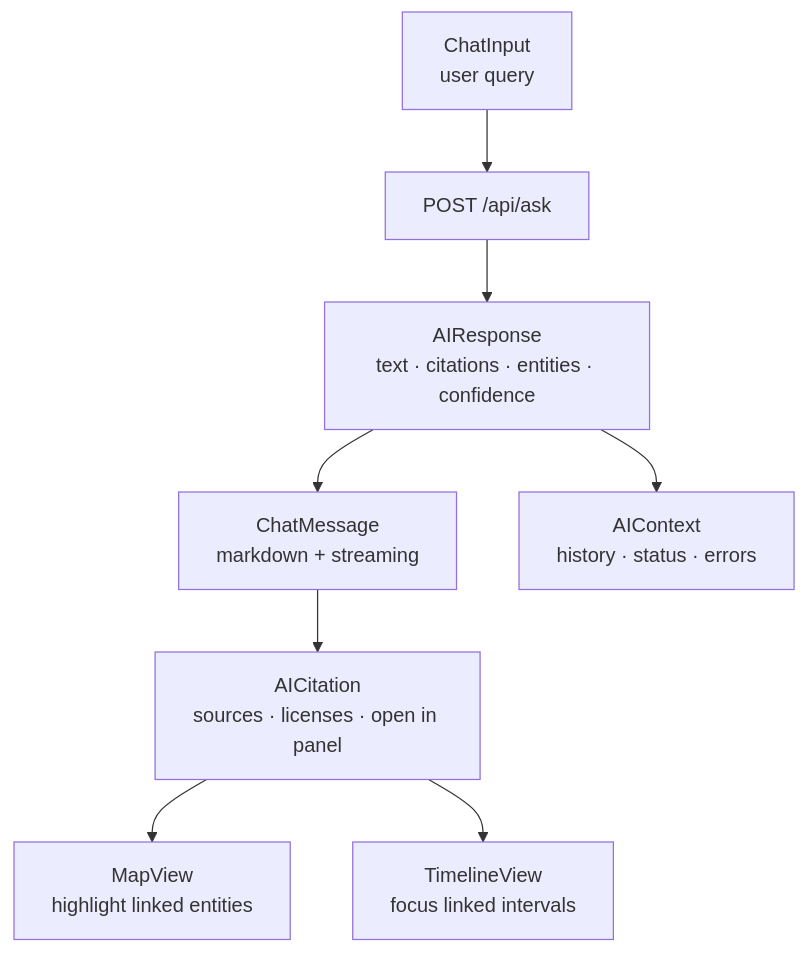
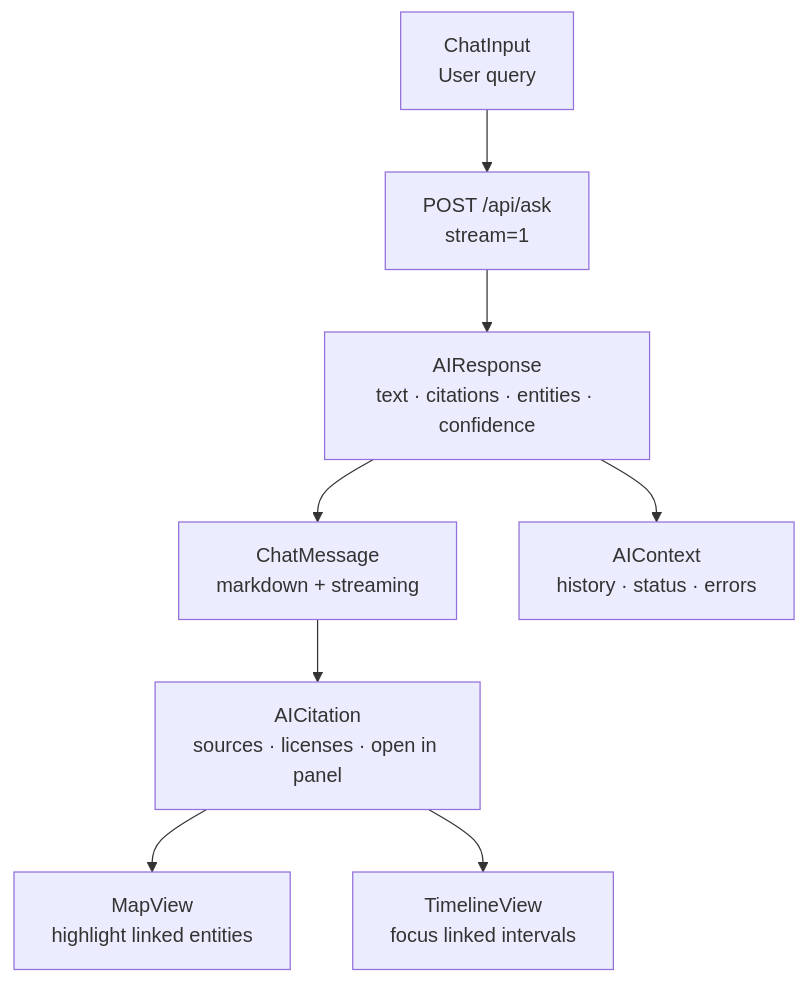
Before and after one commit to bartytime4life/Kansas-Frontier-Matrix: the diagram in web/src/components/AIAssistant/README.md, drawn with Mermaid. The commit also changed other lines of this file, not shown here.

````diff
--- a/web/src/components/AIAssistant/README.md
+++ b/web/src/components/AIAssistant/README.md
@@ -45,11 +79,10 @@
 ```mermaid
 flowchart TD
-  IN["ChatInput<br/>user query"] --> ASK["POST /api/ask"]
+  IN["ChatInput<br/>User query"] --> ASK["POST /api/ask<br/>stream=1"]
   ASK --> RESP["AIResponse<br/>text · citations · entities · confidence"]
   RESP --> MSG["ChatMessage<br/>markdown + streaming"]
   MSG --> CITE["AICitation<br/>sources · licenses · open in panel"]
   CITE --> MAP["MapView<br/>highlight linked entities"]
   CITE --> TL["TimelineView<br/>focus linked intervals"]
   RESP --> CTX["AIContext<br/>history · status · errors"]
-%% END OF MERMAID
 ```
````
